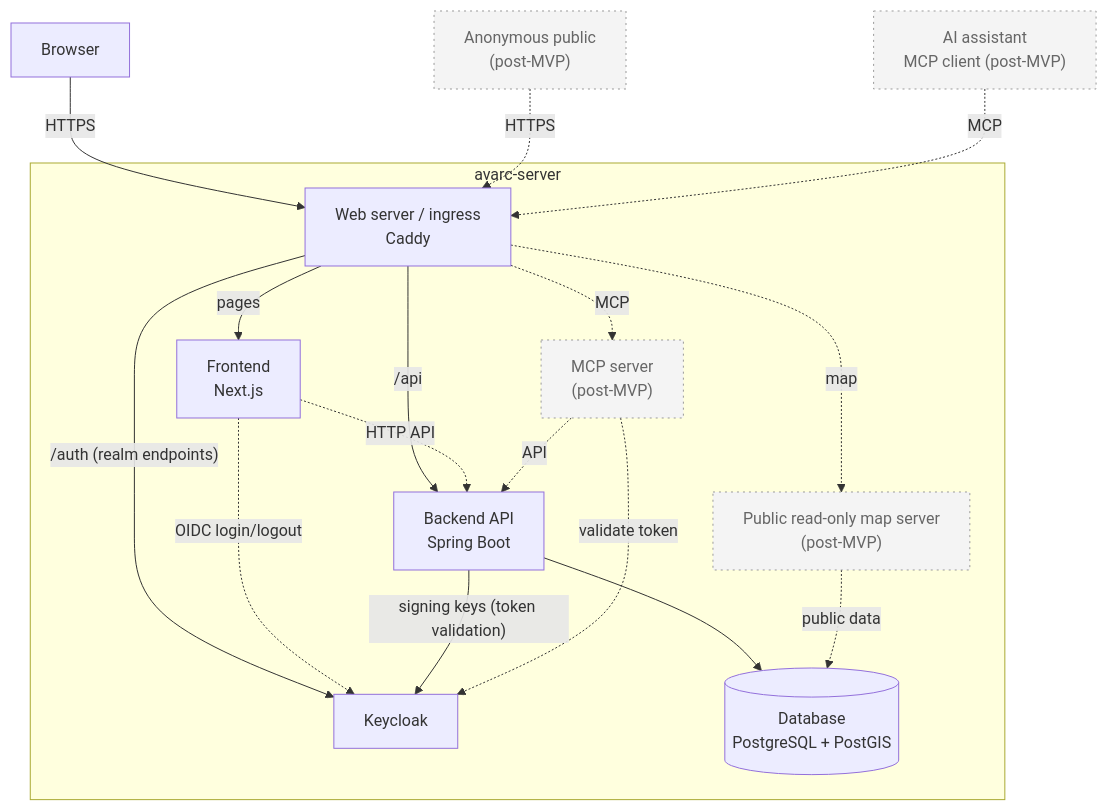
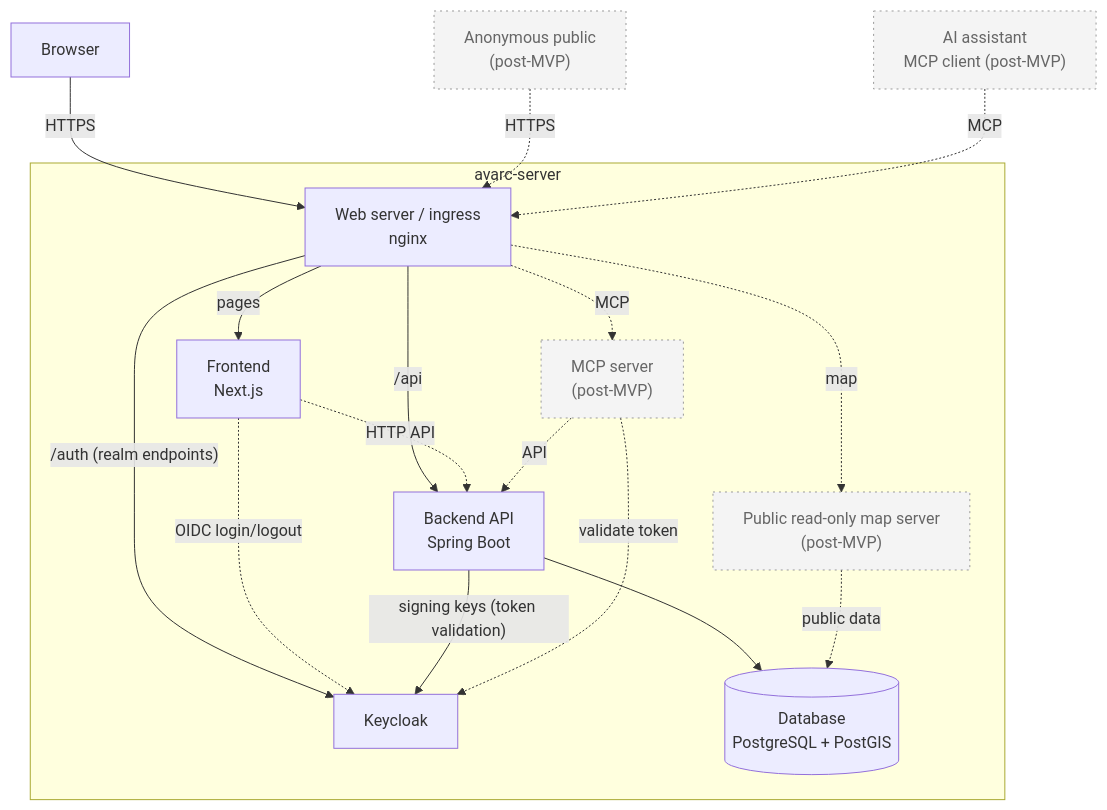
The diagram in spec/architecture-diagram.md (avarcorg/avarc-server), drawn with Mermaid before and after one commit. The commit also changed 5 other files, not shown here.

Commit message:
Specify nginx as the ingress, built into an image of its own (AVARC-33)

````diff
--- a/spec/architecture-diagram.md
+++ b/spec/architecture-diagram.md
@@ -11,37 +11,37 @@
 ```mermaid
 flowchart TB
     Browser[Browser]
     AIClient["AI assistant<br/>MCP client (post-MVP)"]
 
     subgraph Server["avarc-server"]
-        Ingress["Web server / ingress<br/>Caddy"]
+        Ingress["Web server / ingress<br/>nginx"]
         Frontend["Frontend<br/>Next.js"]
         Backend["Backend API<br/>Spring Boot"]
         Keycloak["Keycloak"]
         MapServer["Public read-only map server<br/>(post-MVP)"]
         MCP["MCP server<br/>(post-MVP)"]
         DB[("Database<br/>PostgreSQL + PostGIS")]
     end
 
     Browser -- "HTTPS" --> Ingress
     Ingress -- "pages" --> Frontend
     Ingress -- "/api" --> Backend
     Ingress -- "/auth (realm endpoints)" --> Keycloak
     Frontend -. "HTTP API" .-> Backend
     Frontend -. "OIDC login/logout" .-> Keycloak
     Backend -- "signing keys (token validation)" --> Keycloak
     Backend --> DB
     Anonymous["Anonymous public<br/>(post-MVP)"]
     Anonymous -. "HTTPS" .-> Ingress
     Ingress -. "map" .-> MapServer
     MapServer -. "public data" .-> DB
     AIClient -. "MCP" .-> Ingress
     Ingress -. "MCP" .-> MCP
     MCP -. "API" .-> Backend
     MCP -. "validate token" .-> Keycloak
 
     classDef undecided stroke-dasharray: 5 5;
 
     classDef postmvp stroke-dasharray: 2 4,fill:#f4f4f4,stroke:#999,color:#666;
     class AIClient,MCP,MapServer,Anonymous postmvp;
 ```
````
